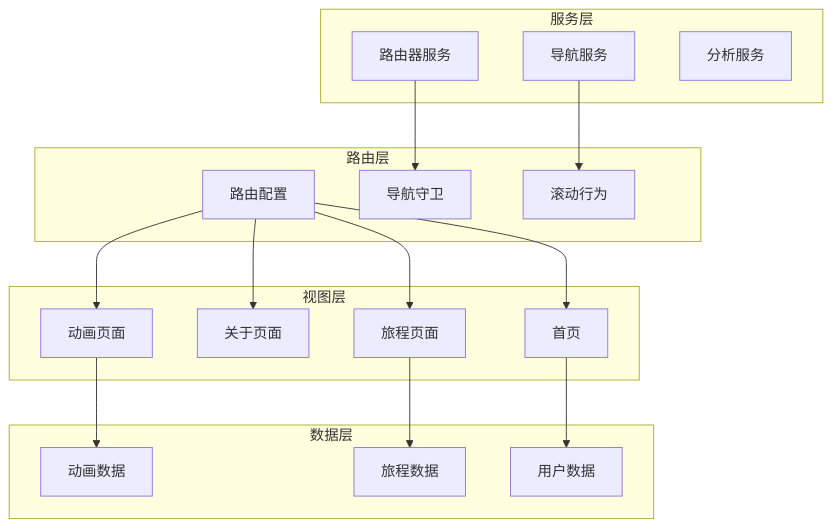
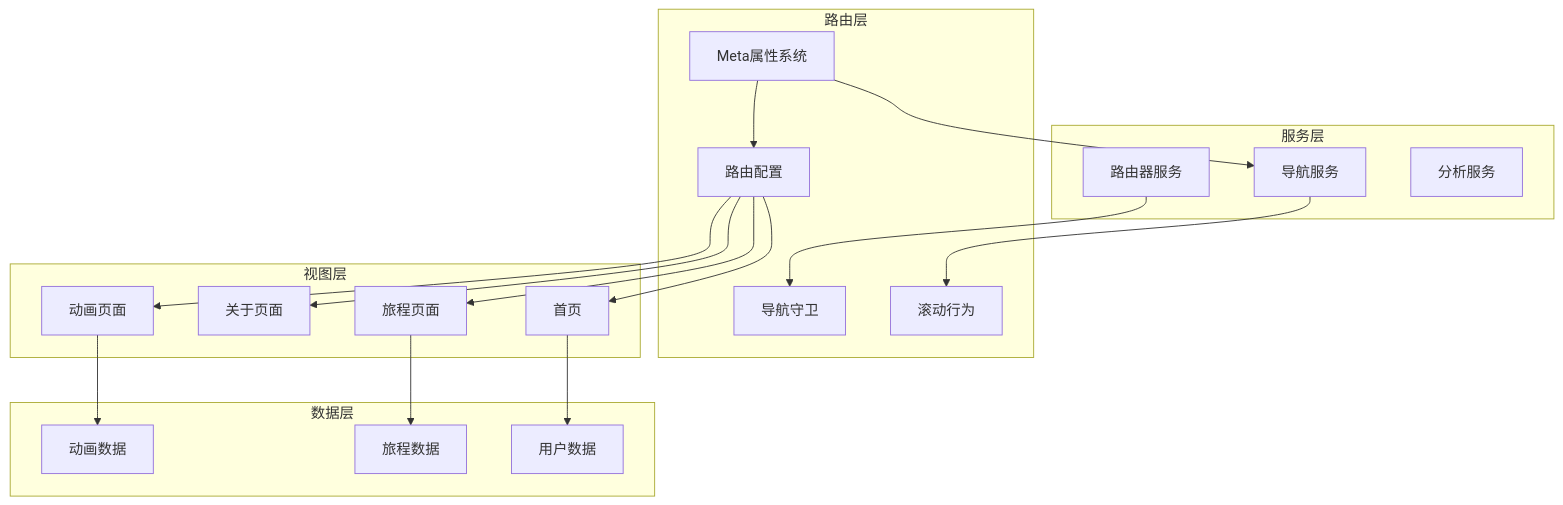
One commit to yuyezhizhi/yuyezhizhi.github.io changed the fourth of 10 diagrams in .qoder/repowiki/zh/content/路由系统更新.md. Above: the diagram before and after it, drawn with Mermaid. The commit also changed other lines of this file and 9 other files, not shown here.

````diff
--- a/.qoder/repowiki/zh/content/路由系统更新.md
+++ b/.qoder/repowiki/zh/content/路由系统更新.md
@@ -139,33 +159,36 @@
 ```mermaid
 graph TB
 subgraph "路由层"
 RouteConfig[路由配置]
+MetaSystem[Meta属性系统]
 NavigationGuard[导航守卫]
 ScrollBehavior[滚动行为]
 end
 subgraph "视图层"
 HomePage[首页]
 AboutPage[关于页面]
 AnimationPages[动画页面]
 JourneyPages[旅程页面]
 end
 subgraph "数据层"
 AnimationData[动画数据]
 JourneyData[旅程数据]
 UserData[用户数据]
 end
 subgraph "服务层"
 RouterService[路由器服务]
 NavigationService[导航服务]
 AnalyticsService[分析服务]
 end
 RouteConfig --> HomePage
 RouteConfig --> AboutPage
 RouteConfig --> AnimationPages
 RouteConfig --> JourneyPages
 AnimationPages --> AnimationData
 JourneyPages --> JourneyData
 HomePage --> UserData
 RouterService --> NavigationGuard
 NavigationService --> ScrollBehavior
+MetaSystem --> RouteConfig
+MetaSystem --> NavigationService
 ```
````
